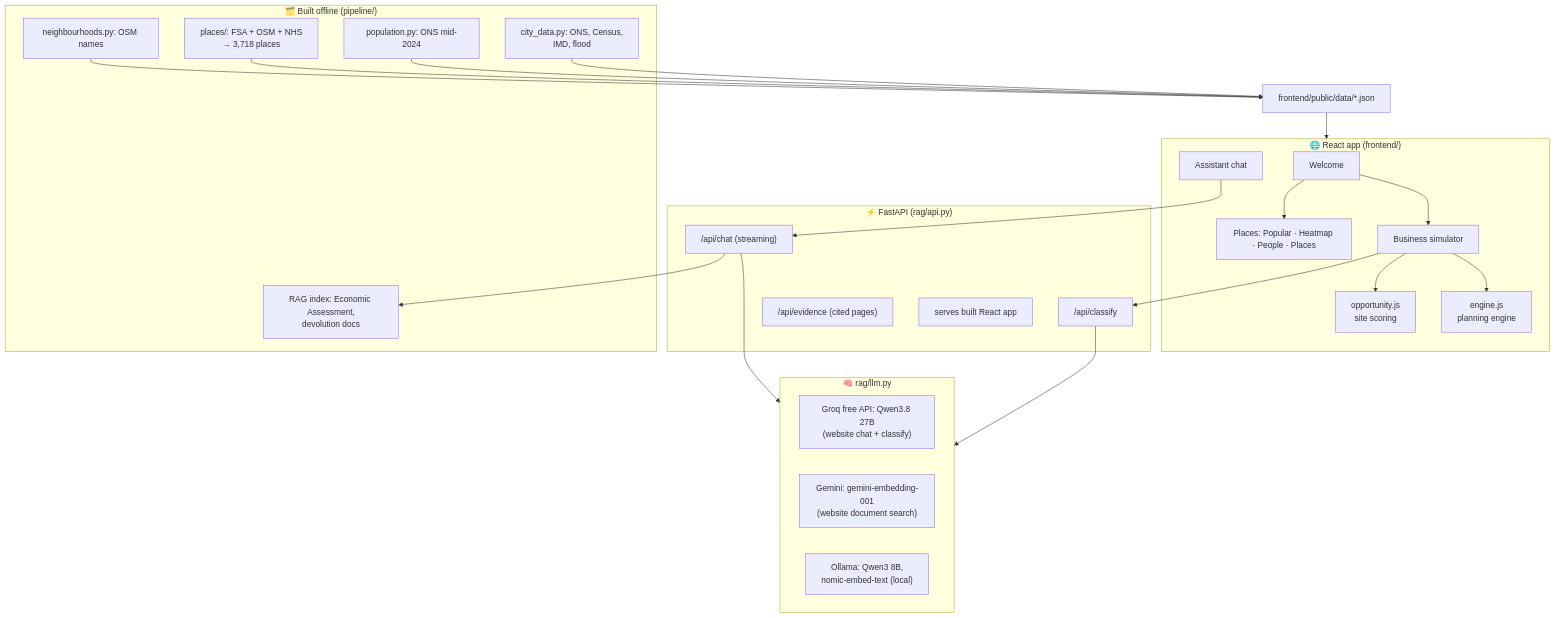
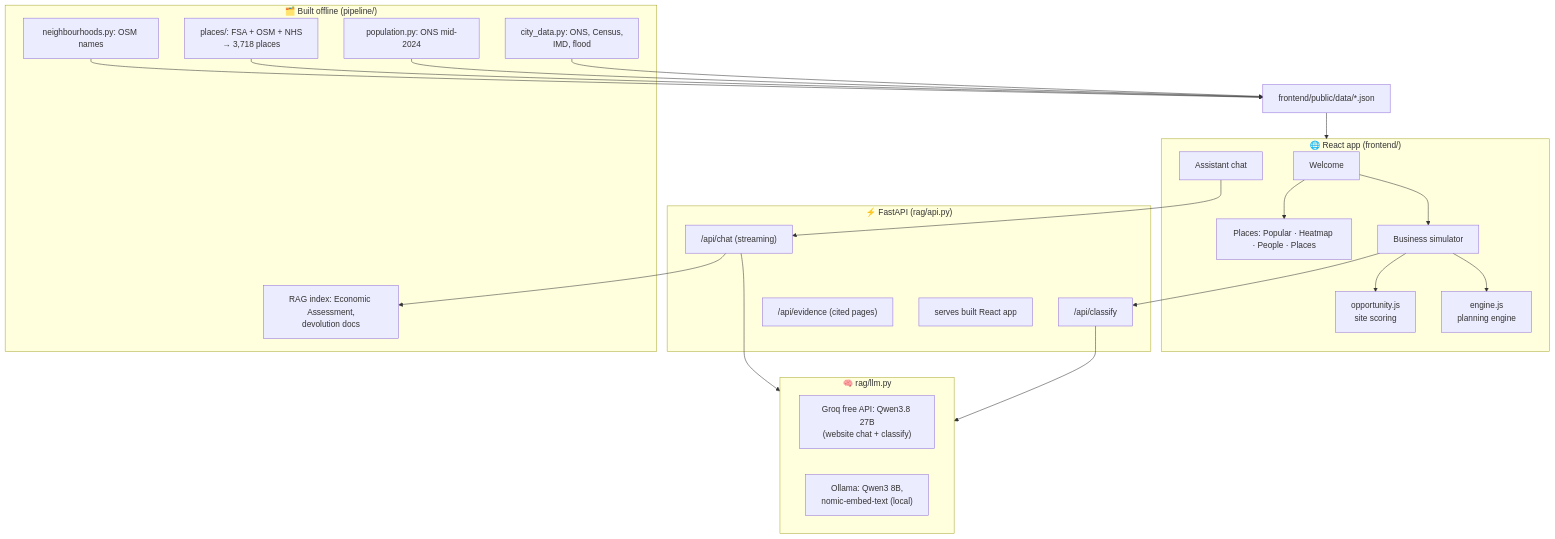
One commit to edwardyun12/civiclens-sotonship2026 changed the second of 2 diagrams in README.md. Above: the diagram before and after it, drawn with Mermaid. The commit also changed other lines of this file and 8 other files, not shown here.

Commit message:
Website no longer uses Gemini: document search on the Groq provider is keyword-only (BM25), Render needs only GROQ_API_KEY; README: Gemini removed, 'Not yet measured' lists the measurements still owed

````diff
--- a/README.md
+++ b/README.md
@@ -211,34 +210,33 @@
 ```mermaid
 flowchart TB
   subgraph Browser["🌐 React app (frontend/)"]
     W[Welcome] --> PL["Places: Popular · Heatmap · People · Places"]
     W --> SIM["Business simulator"]
     SIM --> OPP["opportunity.js<br/>site scoring"]
     SIM --> ENG["engine.js<br/>planning engine"]
     CHAT["Assistant chat"]
   end
   subgraph API["⚡ FastAPI (rag/api.py)"]
     CL["/api/classify"]
     CH["/api/chat (streaming)"]
     EV["/api/evidence (cited pages)"]
     ST["serves built React app"]
   end
   subgraph LLM["🧠 rag/llm.py"]
     GQ["Groq free API: Qwen3.8 27B<br/>(website chat + classify)"]
-    GE["Gemini: gemini-embedding-001<br/>(website document search)"]
     OL["Ollama: Qwen3 8B,<br/>nomic-embed-text (local)"]
   end
   subgraph Data["🗂️ Built offline (pipeline/)"]
     CD["city_data.py: ONS, Census,<br/>IMD, flood"]
     POP["population.py: ONS mid-2024"]
     PLC["places/: FSA + OSM + NHS<br/>→ 3,718 places"]
     NB["neighbourhoods.py: OSM names"]
     IDX["RAG index: Economic Assessment,<br/>devolution docs"]
   end
   SIM --> CL
   CHAT --> CH
   CL --> LLM
   CH --> LLM
   CH --> IDX
   CD & POP & PLC & NB --> J["frontend/public/data/*.json"] --> Browser
 ```
````
